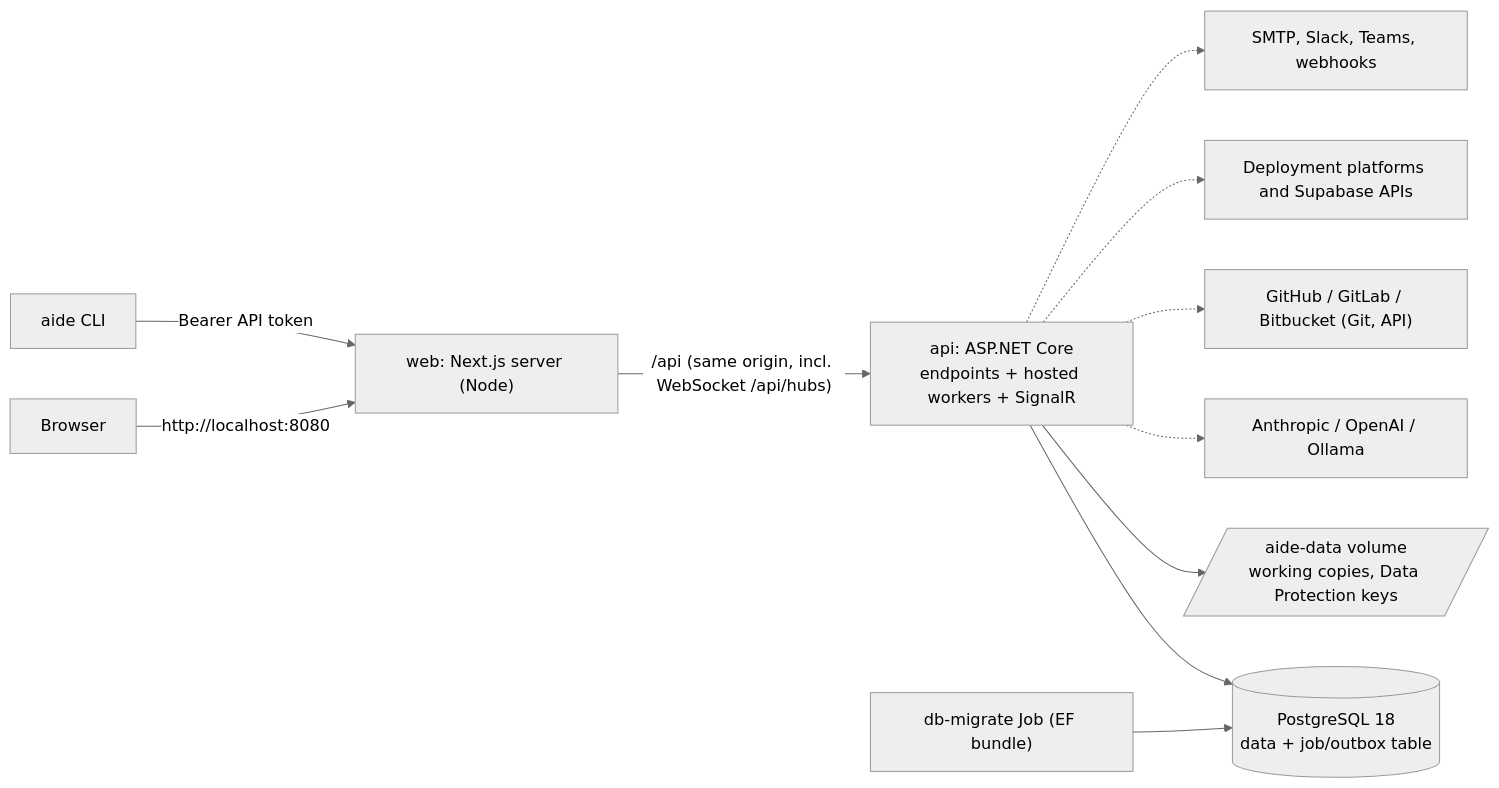
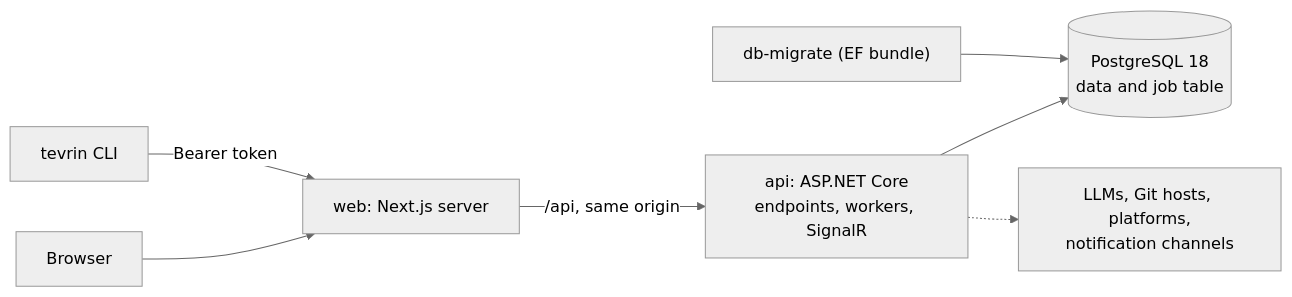
One commit to BenFielder1/AI-Driven-Engineering-Platform changed the diagram in README.md. Above: the diagram before and after it, drawn with Mermaid (neutral theme). The commit also changed other lines of this file and 362 other files, not shown here.

Commit message:
phase 38/39/42: Tevrin brand and design system, backend rename and CLI alias, docs site and Pages workflow (FR-196, FR-198, FR-199, FR-200, FR-201, FR-202, FR-203, FR-204, FR-205, FR-224, FR-225, FR-226, FR-227)

````diff
--- a/README.md
+++ b/README.md
@@ -68,13 +41,9 @@
 ```mermaid
 flowchart LR
-  Browser -->|"http://localhost:8080"| Web["web: Next.js server (Node)"]
-  Web -->|"/api (same origin, incl. WebSocket /api/hubs)"| Api["api: ASP.NET Core<br/>endpoints + hosted workers + SignalR"]
-  CLI["aide CLI"] -->|"Bearer API token"| Web
-  Api --> Db[("PostgreSQL 18<br/>data + job/outbox table")]
-  Api --> Vol[/"aide-data volume<br/>working copies, Data Protection keys"/]
-  Api -.-> LLM["Anthropic / OpenAI / Ollama"]
-  Api -.-> GH["GitHub / GitLab / Bitbucket (Git, API)"]
-  Api -.-> Pl["Deployment platforms and Supabase APIs"]
-  Api -.-> Out["SMTP, Slack, Teams, webhooks"]
-  Mig["db-migrate Job (EF bundle)"] --> Db
+  Browser --> Web["web: Next.js server"]
+  CLI["tevrin CLI"] -->|"Bearer token"| Web
+  Web -->|"/api, same origin"| Api["api: ASP.NET Core<br/>endpoints, workers, SignalR"]
+  Api --> Db[("PostgreSQL 18<br/>data and job table")]
+  Api -.-> Ext["LLMs, Git hosts, platforms,<br/>notification channels"]
+  Mig["db-migrate (EF bundle)"] --> Db
 ```
````
